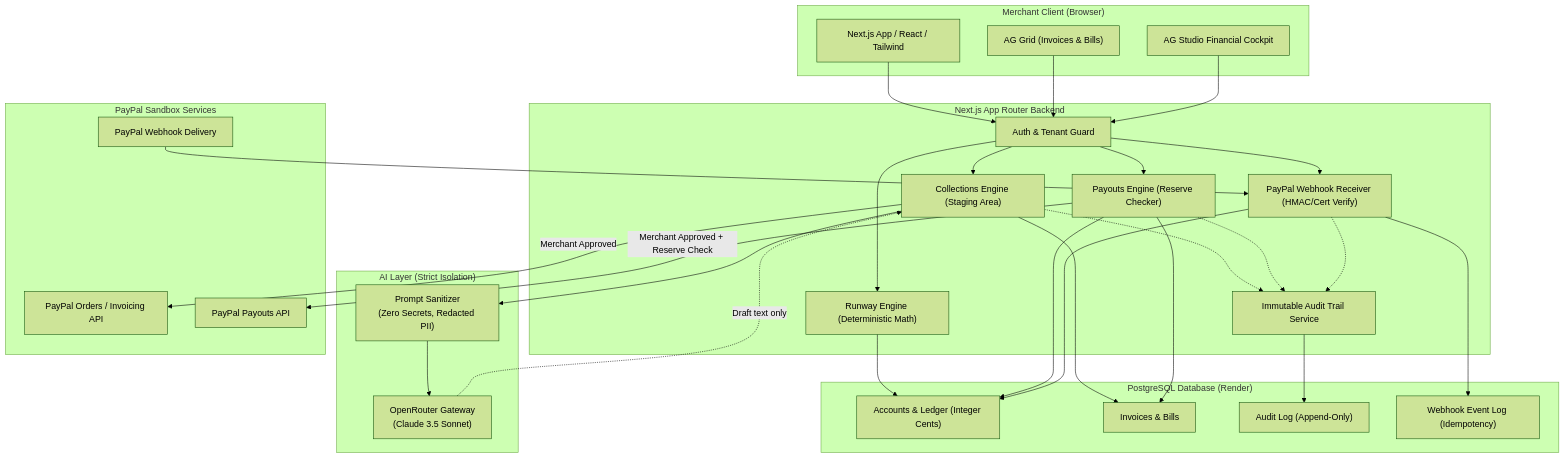
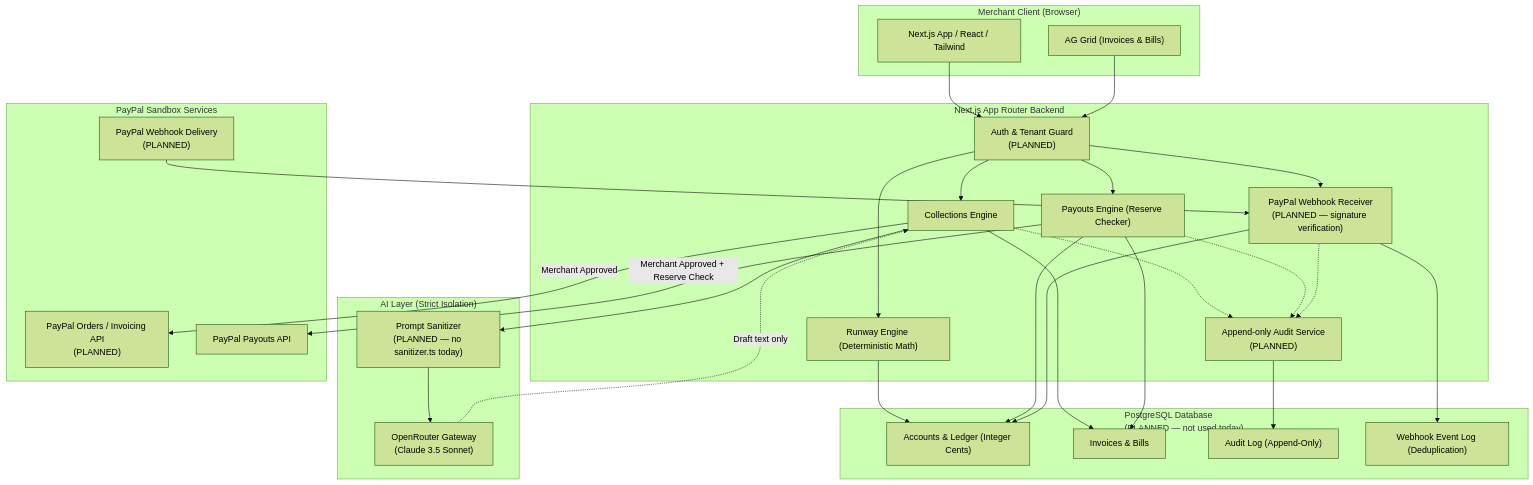
The second of 3 diagrams in docs/ARCHITECTURE.md (Viruss07/merchops-ai), drawn with Mermaid (forest theme) before and after one commit. The commit also changed other lines of this file and 57 other files, not shown here.

````diff
--- a/docs/ARCHITECTURE.md
+++ b/docs/ARCHITECTURE.md
@@ -19,72 +104,57 @@
 ```mermaid
 flowchart TD
     subgraph Client["Merchant Client (Browser)"]
         UI["Next.js App / React / Tailwind"]
         Grid["AG Grid (Invoices & Bills)"]
-        Studio["AG Studio Financial Cockpit"]
     end
 
     subgraph App["Next.js App Router Backend"]
-        Auth["Auth & Tenant Guard"]
+        Auth["Auth & Tenant Guard\n(PLANNED)"]
         RunwayEng["Runway Engine (Deterministic Math)"]
-        CollEng["Collections Engine (Staging Area)"]
+        CollEng["Collections Engine"]
         PayoutEng["Payouts Engine (Reserve Checker)"]
-        WebhookHandler["PayPal Webhook Receiver (HMAC/Cert Verify)"]
-        AuditService["Immutable Audit Trail Service"]
+        WebhookHandler["PayPal Webhook Receiver\n(PLANNED — signature verification)"]
+        AuditService["Append-only Audit Service\n(PLANNED)"]
     end
 
     subgraph AI["AI Layer (Strict Isolation)"]
         OpenRouter["OpenRouter Gateway\n(Claude 3.5 Sonnet)"]
-        Sanitizer["Prompt Sanitizer\n(Zero Secrets, Redacted PII)"]
+        Sanitizer["Prompt Sanitizer\n(PLANNED — no sanitizer.ts today)"]
     end
 
-    subgraph Data["PostgreSQL Database (Render)"]
+    subgraph Data["PostgreSQL Database\n(PLANNED — not used today)"]
         Ledger["Accounts & Ledger (Integer Cents)"]
         Receivables["Invoices & Bills"]
         AuditDB["Audit Log (Append-Only)"]
-        WebhookDedupe["Webhook Event Log (Idempotency)"]
+        WebhookDedupe["Webhook Event Log (Deduplication)"]
     end
 
     subgraph PayPal["PayPal Sandbox Services"]
-        PPInvoicing["PayPal Orders / Invoicing API"]
+        PPInvoicing["PayPal Orders / Invoicing API\n(PLANNED)"]
         PPPayouts["PayPal Payouts API"]
-        PPWebhooks["PayPal Webhook Delivery"]
+        PPWebhooks["PayPal Webhook Delivery\n(PLANNED)"]
     end
 
-    %% Client Interactions
     UI --> Auth
     Grid --> Auth
-    Studio --> Auth
-
-    %% Application Core
     Auth --> RunwayEng
     Auth --> CollEng
     Auth --> PayoutEng
     Auth --> WebhookHandler
-
-    %% Deterministic Engine Data Access
     RunwayEng --> Ledger
     CollEng --> Receivables
     PayoutEng --> Ledger
     PayoutEng --> Receivables
     WebhookHandler --> WebhookDedupe
     WebhookHandler --> Ledger
-
-    %% AI Integration (Sanitized Only)
     CollEng --> Sanitizer
     Sanitizer --> OpenRouter
     OpenRouter -.->|Draft text only| CollEng
-
-    %% Outbound Actions (Strict Human-in-the-Loop)
     CollEng -->|Merchant Approved| PPInvoicing
     PayoutEng -->|Merchant Approved + Reserve Check| PPPayouts
-
-    %% Inbound Webhooks
     PPWebhooks --> WebhookHandler
-
-    %% Audit Log
     CollEng -.-> AuditService
     PayoutEng -.-> AuditService
     WebhookHandler -.-> AuditService
     AuditService --> AuditDB
 ```
````
